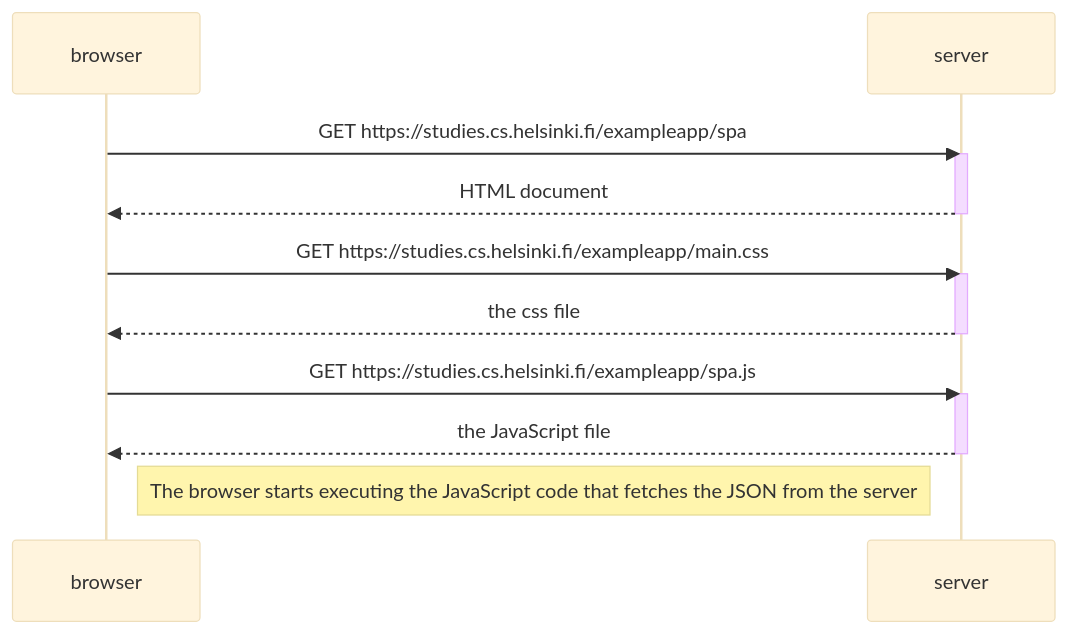
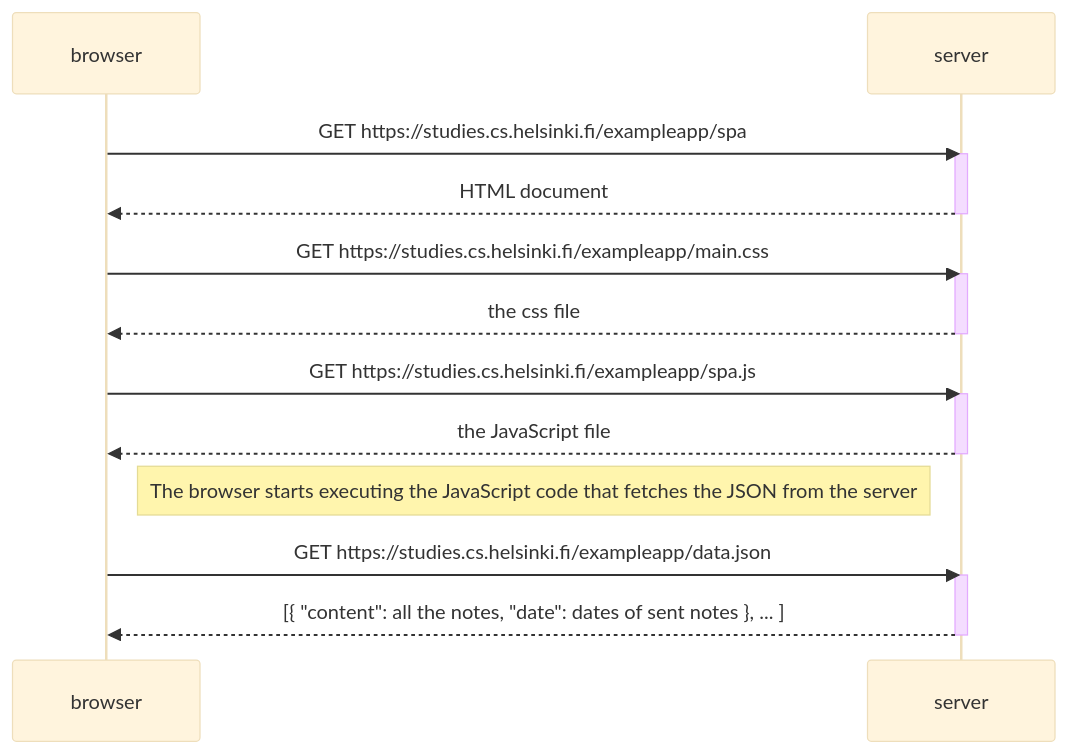
The diagram in 0.5.md (eppumelto/fullstackopen), drawn with Mermaid (base theme) before and after one commit.

````diff
--- a/0.5.md
+++ b/0.5.md
@@ -1,25 +1,30 @@
 ```mermaid
 sequenceDiagram
     participant browser
     participant server
     
     browser->>server: GET https://studies.cs.helsinki.fi/exampleapp/spa
     activate server
     server-->>browser: HTML document
     deactivate server
     
     browser->>server: GET https://studies.cs.helsinki.fi/exampleapp/main.css
     activate server
     server-->>browser: the css file
     deactivate server
     
     browser->>server: GET https://studies.cs.helsinki.fi/exampleapp/spa.js
     activate server
     server-->>browser: the JavaScript file
     deactivate server
     
     Note right of browser: The browser starts executing the JavaScript code that fetches the JSON from the server
    
+        
+    browser->>server: GET https://studies.cs.helsinki.fi/exampleapp/data.json
+    activate server
+    server-->>browser: [{ "content": all the notes, "date": dates of sent notes }, ... ]
+    deactivate server    
 
 
 ```
````
